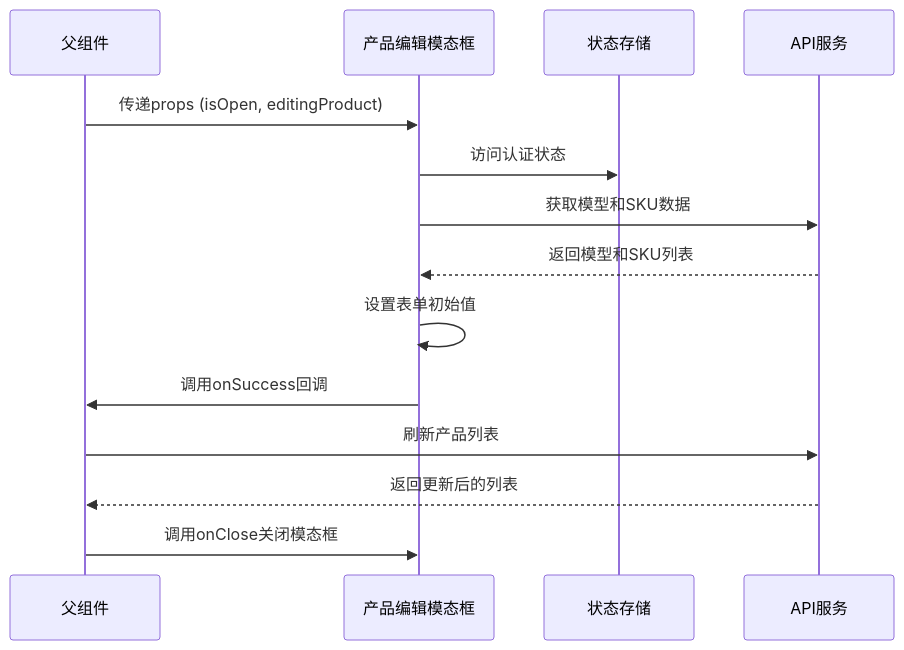
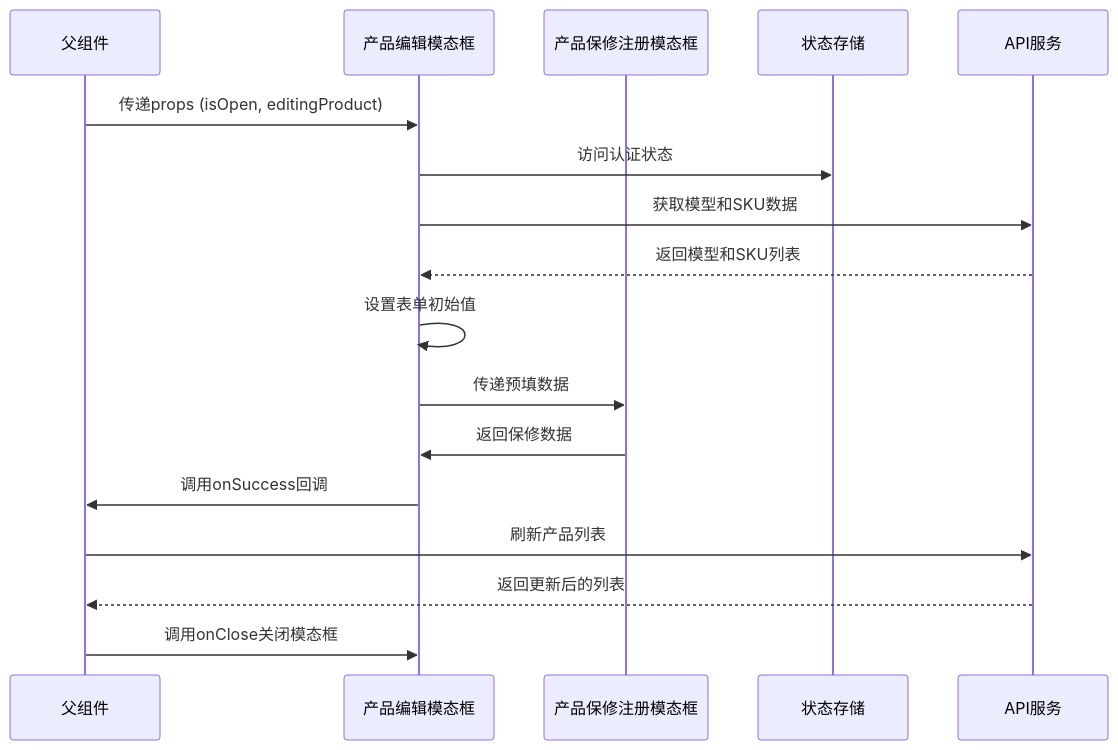
Diagram 14 of 14 in .qoder/repowiki/zh/content/前端组件架构/产品详情页面组件/产品编辑模态框.md (CubeEdge/Longhorn), drawn with Mermaid before and after one commit. The commit also changed other lines of this file and 47 other files, not shown here.

````diff
--- a/.qoder/repowiki/zh/content/前端组件架构/产品详情页面组件/产品编辑模态框.md
+++ b/.qoder/repowiki/zh/content/前端组件架构/产品详情页面组件/产品编辑模态框.md
@@ -414,16 +557,19 @@
 ```mermaid
 sequenceDiagram
 participant Parent as 父组件
 participant Modal as 产品编辑模态框
+participant WarrantyModal as 产品保修注册模态框
 participant Store as 状态存储
 participant API as API服务
 Parent->>Modal : 传递props (isOpen, editingProduct)
 Modal->>Store : 访问认证状态
 Modal->>API : 获取模型和SKU数据
 API-->>Modal : 返回模型和SKU列表
 Modal->>Modal : 设置表单初始值
+Modal->>WarrantyModal : 传递预填数据
+WarrantyModal->>Modal : 返回保修数据
 Modal->>Parent : 调用onSuccess回调
 Parent->>API : 刷新产品列表
 API-->>Parent : 返回更新后的列表
 Parent->>Modal : 调用onClose关闭模态框
 ```
````
